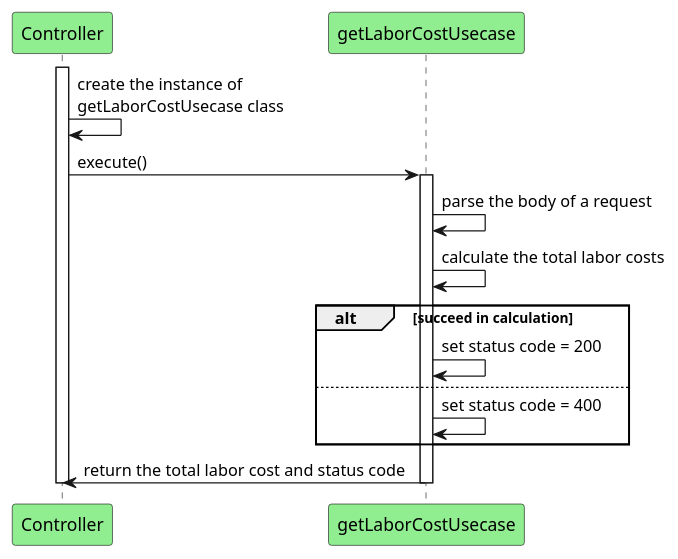
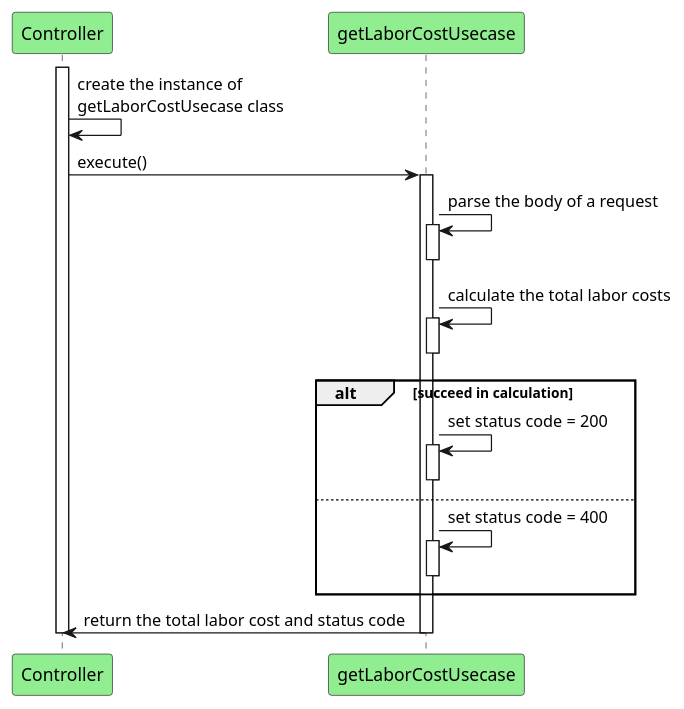
One commit to TS-1224/CS361-PDMS changed the second of 5 diagrams in README.md. Above: the diagram before and after it, drawn with PlantUML. The commit also changed other lines of this file, not shown here.

````diff
--- a/README.md
+++ b/README.md
@@ -104,28 +113,37 @@
 ```plantuml
 @startuml
 
 ' Participants
 Participant Controller as cont #LightGreen
 Participant getLaborCostUsecase as uc #LightGreen
 
 activate cont
 
 cont -> cont: create the instance of \ngetLaborCostUsecase class
 cont -> uc: execute()
 
 activate uc
 uc -> uc: parse the body of a request
+activate uc
+deactivate uc
+
 uc -> uc: calculate the total labor costs
+activate uc
+deactivate uc
 
 alt succeed in calculation
     uc -> uc: set status code = 200
+    activate uc
+    deactivate uc
 else
     uc -> uc: set status code = 400
+    activate uc
+    deactivate uc
 end
 
 cont <- uc: return the total labor cost and status code
 
 deactivate uc
 deactivate cont
 @enduml
 ```
````
